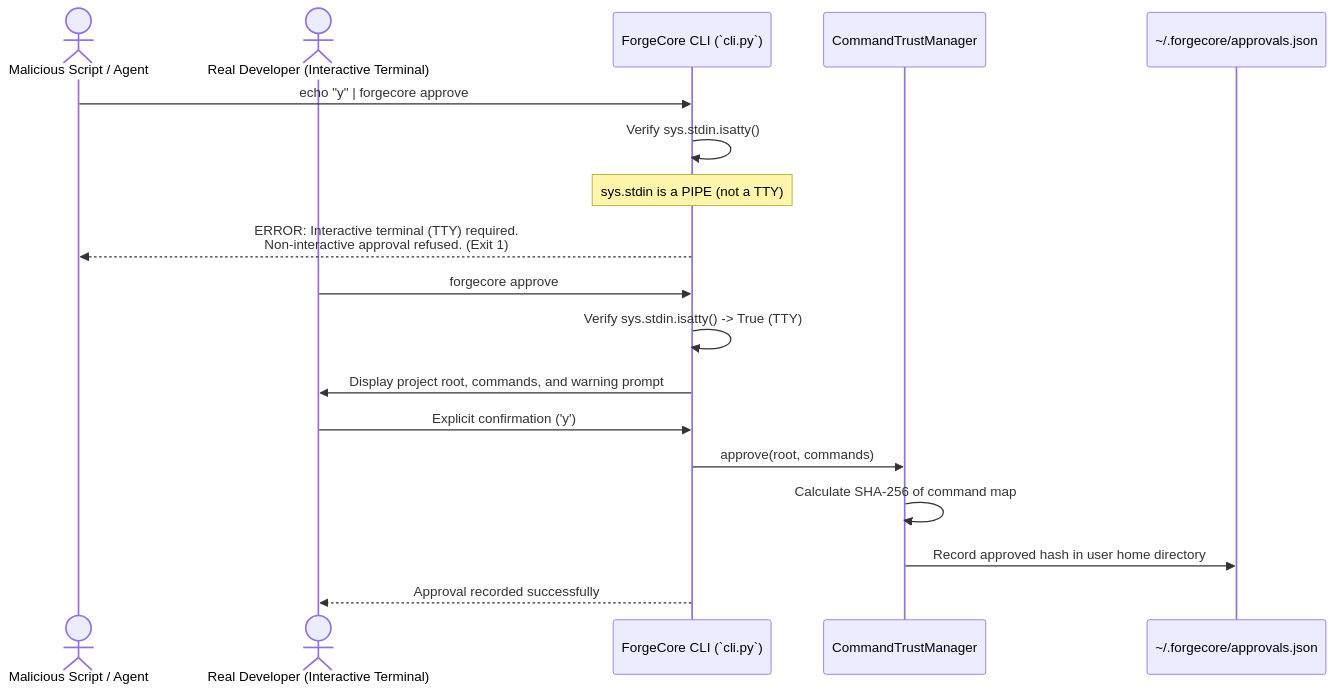
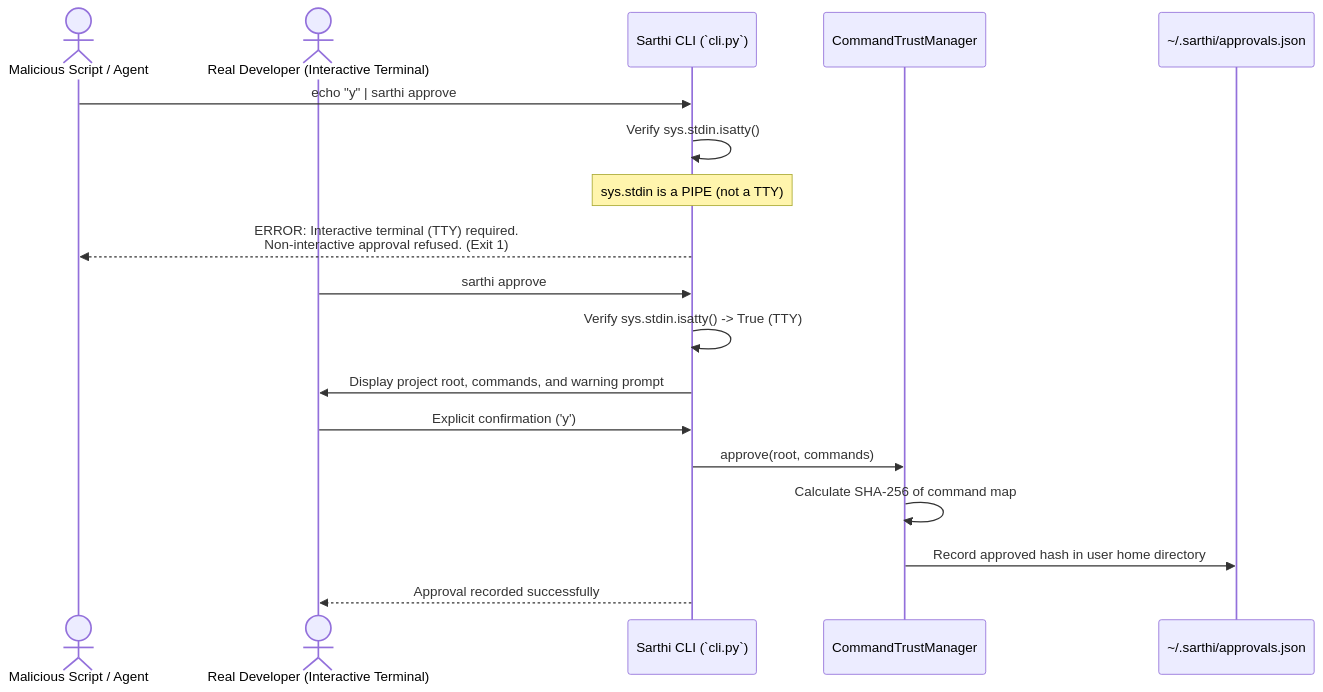
Before and after one commit to Mayurkhalse/ForgeCore: the ninth of 10 diagrams in WORKFLOW.md, drawn with Mermaid. The commit also changed other lines of this file and 154 other files, not shown here.

Commit message:
refactor: rename project, package, cli, and mcp server from ForgeCore to Sarthi

````diff
--- a/WORKFLOW.md
+++ b/WORKFLOW.md
@@ -1086,24 +1086,24 @@
 ```mermaid
 sequenceDiagram
     actor Attacker as Malicious Script / Agent
     actor Dev as Real Developer (Interactive Terminal)
-    participant CLI as ForgeCore CLI (`cli.py`)
+    participant CLI as Sarthi CLI (`cli.py`)
     participant Trust as CommandTrustManager
-    participant Storage as ~/.forgecore/approvals.json
+    participant Storage as ~/.sarthi/approvals.json
 
     %% Automated Attack Attempt
-    Attacker->>CLI: echo "y" | forgecore approve
+    Attacker->>CLI: echo "y" | sarthi approve
     CLI->>CLI: Verify sys.stdin.isatty()
     Note over CLI: sys.stdin is a PIPE (not a TTY)
     CLI-->>Attacker: ERROR: Interactive terminal (TTY) required.<br/>Non-interactive approval refused. (Exit 1)
 
     %% Legitimate Approval
-    Dev->>CLI: forgecore approve
+    Dev->>CLI: sarthi approve
     CLI->>CLI: Verify sys.stdin.isatty() -> True (TTY)
     CLI->>Dev: Display project root, commands, and warning prompt
     Dev->>CLI: Explicit confirmation ('y')
     CLI->>Trust: approve(root, commands)
     Trust->>Trust: Calculate SHA-256 of command map
     Trust->>Storage: Record approved hash in user home directory
     CLI-->>Dev: Approval recorded successfully
 ```
````
